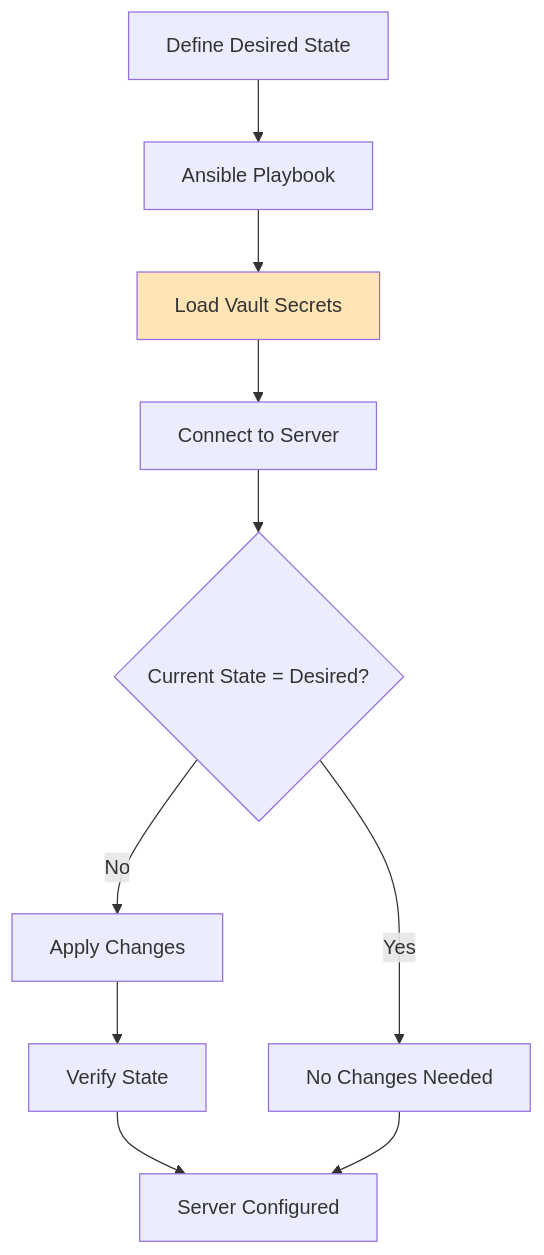
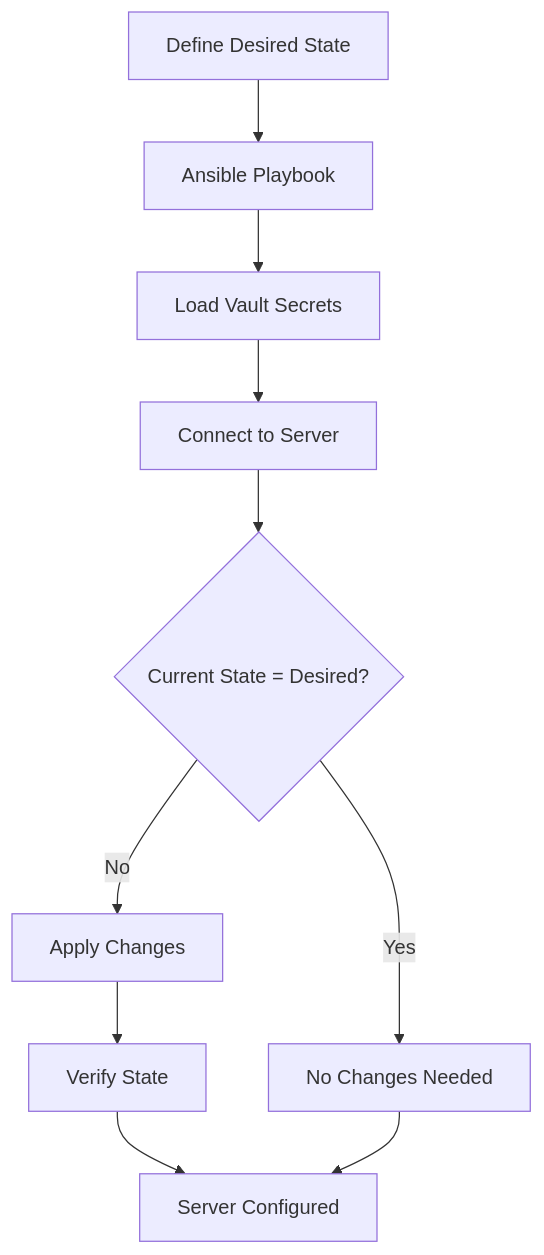
The fifth of 8 diagrams in docs/projects/vserver-setup.md (4gh0rn/dev-blog), drawn with Mermaid before and after one commit. The commit also changed other lines of this file and 17 other files, not shown here.

````diff
--- a/docs/projects/vserver-setup.md
+++ b/docs/projects/vserver-setup.md
@@ -225,14 +221,12 @@
 ```mermaid
 flowchart TD
     A[Define Desired State] --> B[Ansible Playbook]
     B --> C[Load Vault Secrets]
     C --> D[Connect to Server]
     D --> E{Current State = Desired?}
     E -->|Yes| F[No Changes Needed]
     E -->|No| G[Apply Changes]
     G --> H[Verify State]
     H --> I[Server Configured]
     F --> I
-    
-    style C fill:#FFE4B5
 ```
````
